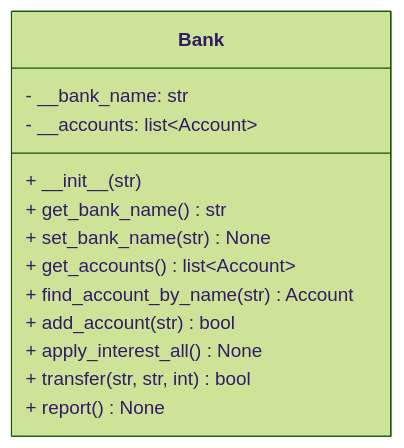
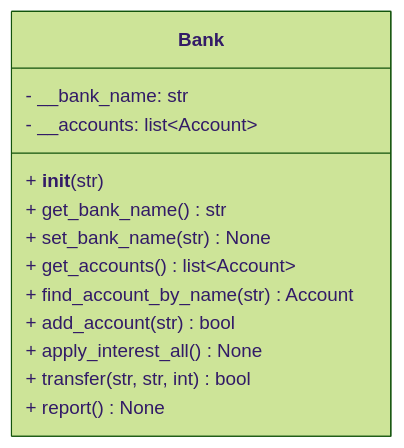
The fifth of 5 diagrams in content/new_syllabus/unit_03_oop/02_encapsulation/_index.md (isf-dp-cs/isf-dp-cs.github.io), drawn with Mermaid (forest theme) before and after one commit. The commit also changed other lines of this file, not shown here.

Commit message:
remove slash from mermaid

```diff
--- a/content/new_syllabus/unit_03_oop/02_encapsulation/_index.md
+++ b/content/new_syllabus/unit_03_oop/02_encapsulation/_index.md
@@ -248,16 +248,16 @@
 {{< mermaid >}}
 classDiagram
     class Bank {
         - __bank_name: str
         - __accounts: list~Account~
-        + \_\_init__(str)
+        + __init__(str)
         + get_bank_name() str
         + set_bank_name(str) None
         + get_accounts() list~Account~
         + find_account_by_name(str) Account
         + add_account(str) bool
         + apply_interest_all() None
         + transfer(str, str, int) bool
         + report() None
     }    
 {{< /mermaid >}}
```
